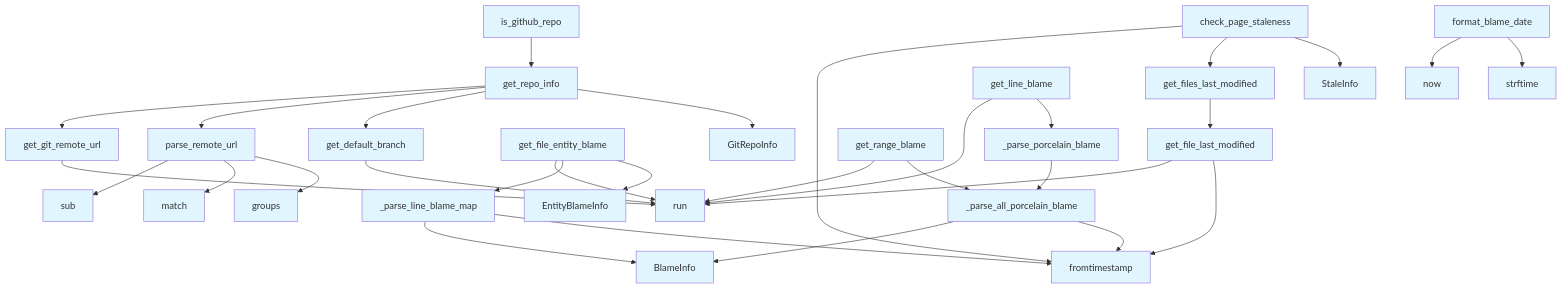
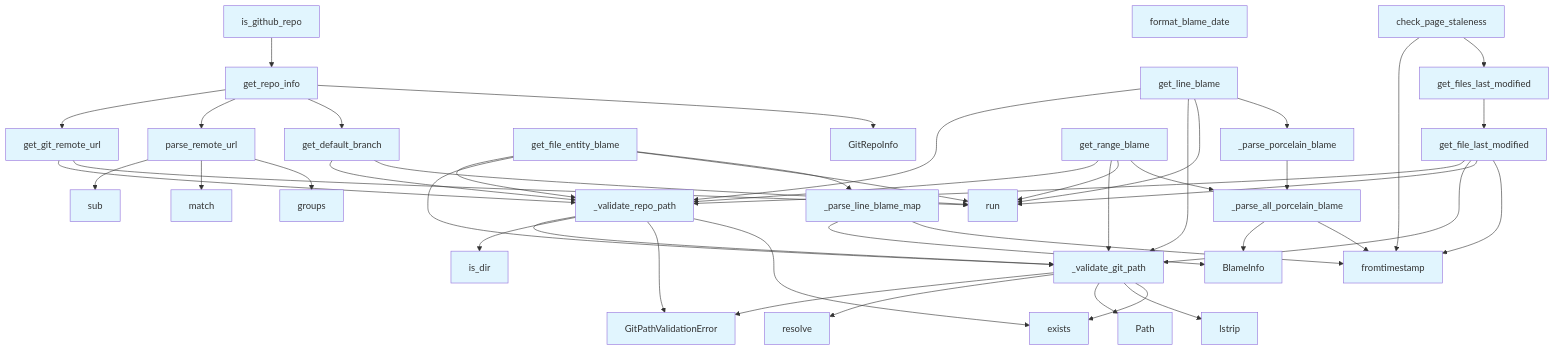
Before and after one commit to UrbanDiver/local-deepwiki-mcp: the second of 2 diagrams in .deepwiki/files/src/local_deepwiki/core/git_utils.md, drawn with Mermaid. The commit also changed other lines of this file and 65 other files, not shown here.

````diff
--- a/.deepwiki/files/src/local_deepwiki/core/git_utils.md
+++ b/.deepwiki/files/src/local_deepwiki/core/git_utils.md
@@ -978,61 +1285,80 @@
 ```mermaid
 flowchart TD
     N0[BlameInfo]
-    N1[EntityBlameInfo]
+    N1[GitPathValidationError]
     N2[GitRepoInfo]
-    N3[StaleInfo]
+    N3[Path]
     N4[_parse_all_porcelain_blame]
     N5[_parse_line_blame_map]
     N6[_parse_porcelain_blame]
-    N7[check_page_staleness]
-    N8[format_blame_date]
-    N9[fromtimestamp]
-    N10[get_default_branch]
-    N11[get_file_entity_blame]
-    N12[get_file_last_modified]
-    N13[get_files_last_modified]
-    N14[get_git_remote_url]
-    N15[get_line_blame]
-    N16[get_range_blame]
-    N17[get_repo_info]
-    N18[groups]
-    N19[is_github_repo]
-    N20[match]
-    N21[now]
-    N22[parse_remote_url]
-    N23[run]
-    N24[strftime]
-    N25[sub]
-    N14 --> N23
-    N22 --> N25
-    N22 --> N20
-    N22 --> N18
-    N10 --> N23
-    N17 --> N14
-    N17 --> N22
-    N17 --> N10
-    N17 --> N2
-    N19 --> N17
-    N15 --> N23
-    N15 --> N6
-    N16 --> N23
-    N16 --> N4
+    N7[_validate_git_path]
+    N8[_validate_repo_path]
+    N9[check_page_staleness]
+    N10[exists]
+    N11[format_blame_date]
+    N12[fromtimestamp]
+    N13[get_default_branch]
+    N14[get_file_entity_blame]
+    N15[get_file_last_modified]
+    N16[get_files_last_modified]
+    N17[get_git_remote_url]
+    N18[get_line_blame]
+    N19[get_range_blame]
+    N20[get_repo_info]
+    N21[groups]
+    N22[is_dir]
+    N23[is_github_repo]
+    N24[lstrip]
+    N25[match]
+    N26[parse_remote_url]
+    N27[resolve]
+    N28[run]
+    N29[sub]
+    N7 --> N1
+    N7 --> N27
+    N7 --> N3
+    N7 --> N24
+    N7 --> N10
+    N8 --> N7
+    N8 --> N22
+    N8 --> N1
+    N8 --> N10
+    N17 --> N8
+    N17 --> N28
+    N26 --> N29
+    N26 --> N25
+    N26 --> N21
+    N13 --> N8
+    N13 --> N28
+    N20 --> N17
+    N20 --> N26
+    N20 --> N13
+    N20 --> N2
+    N23 --> N20
+    N18 --> N8
+    N18 --> N7
+    N18 --> N28
+    N18 --> N6
+    N19 --> N8
+    N19 --> N7
+    N19 --> N28
+    N19 --> N4
     N6 --> N4
     N4 --> N0
-    N4 --> N9
-    N11 --> N23
-    N11 --> N5
-    N11 --> N1
+    N4 --> N12
+    N14 --> N8
+    N14 --> N7
+    N14 --> N28
+    N14 --> N5
     N5 --> N0
-    N5 --> N9
-    N8 --> N21
-    N8 --> N24
-    N12 --> N23
-    N12 --> N9
-    N13 --> N12
-    N7 --> N9
-    N7 --> N13
-    N7 --> N3
+    N5 --> N12
+    N15 --> N8
+    N15 --> N7
+    N15 --> N28
+    N15 --> N12
+    N16 --> N15
+    N9 --> N12
+    N9 --> N16
     classDef func fill:#e1f5fe
-    class N0,N1,N2,N3,N4,N5,N6,N7,N8,N9,N10,N11,N12,N13,N14,N15,N16,N17,N18,N19,N20,N21,N22,N23,N24,N25 func
+    class N0,N1,N2,N3,N4,N5,N6,N7,N8,N9,N10,N11,N12,N13,N14,N15,N16,N17,N18,N19,N20,N21,N22,N23,N24,N25,N26,N27,N28,N29 func
 ```
````
